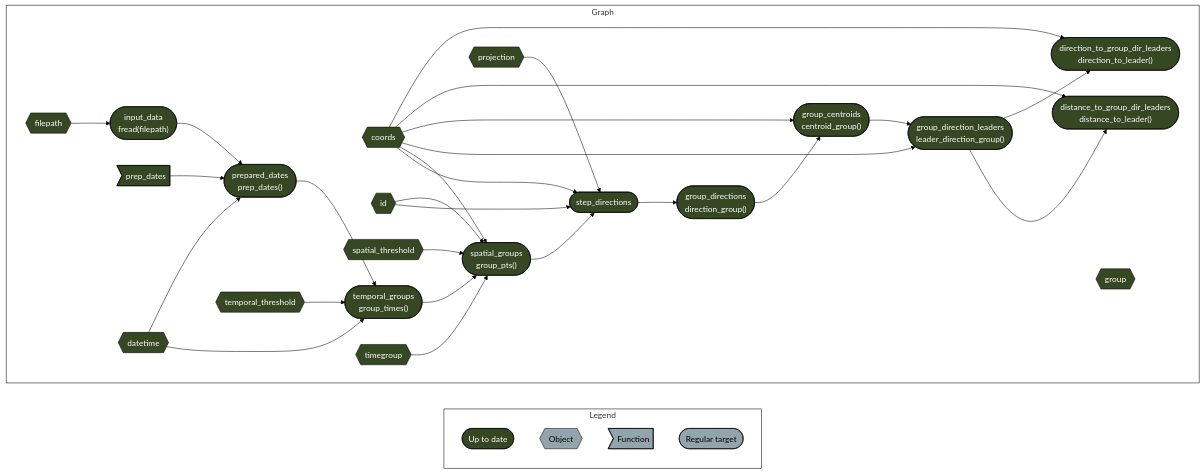
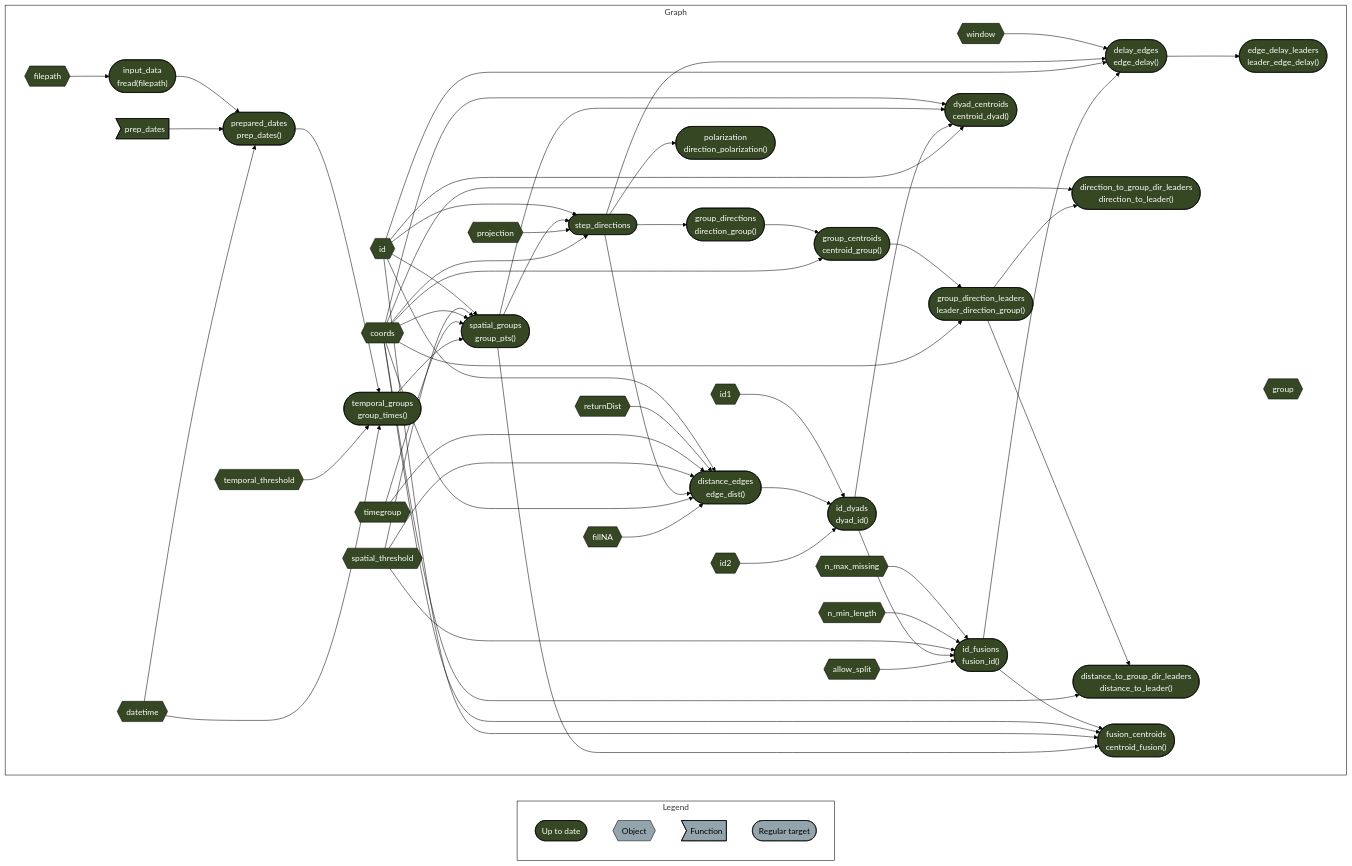
Before and after one commit to robitalec/targets-spatsoc-intragroup-dynamics: the diagram in README.md, drawn with Mermaid (forest theme).

````diff
--- a/README.md
+++ b/README.md
@@ -10,42 +10,71 @@
 ``` mermaid
 graph LR
   style Legend fill:#FFFFFF00,stroke:#000000;
   style Graph fill:#FFFFFF00,stroke:#000000;
   subgraph Legend
     xf1522833a4d242c5(["Up to date"]):::uptodate
     xbecb13963f49e50b{{"Object"}}:::none
     xeb2d7cac8a1ce544>"Function"]:::none
     xd03d7c7dd2ddda2b(["Regular target"]):::none
   end
   subgraph Graph
     direction LR
+    x11880ed5069abb8c(["id_fusions<br>fusion_id()"]):::uptodate --> x3beb570a7cf0e1dc(["delay_edges<br>edge_delay()"]):::uptodate
+    xc25194a2e4c760d5{{"id"}}:::uptodate --> x3beb570a7cf0e1dc(["delay_edges<br>edge_delay()"]):::uptodate
+    x346d09d418e9b158(["step_directions"]):::uptodate --> x3beb570a7cf0e1dc(["delay_edges<br>edge_delay()"]):::uptodate
+    xe40cf9885b1e2908{{"window"}}:::uptodate --> x3beb570a7cf0e1dc(["delay_edges<br>edge_delay()"]):::uptodate
+    xb817b55e688fdfc3(["group_direction_leaders<br>leader_direction_group()"]):::uptodate --> x82786d09c0fcc8be(["direction_to_group_dir_leaders<br>direction_to_leader()"]):::uptodate
     xbd740468b493bf05{{"coords"}}:::uptodate --> x82786d09c0fcc8be(["direction_to_group_dir_leaders<br>direction_to_leader()"]):::uptodate
-    xb817b55e688fdfc3(["group_direction_leaders<br>leader_direction_group()"]):::uptodate --> x82786d09c0fcc8be(["direction_to_group_dir_leaders<br>direction_to_leader()"]):::uptodate
+    xa16877b1adca734b{{"fillNA"}}:::uptodate --> x365b64b036e1db58(["distance_edges<br>edge_dist()"]):::uptodate
+    xbd740468b493bf05{{"coords"}}:::uptodate --> x365b64b036e1db58(["distance_edges<br>edge_dist()"]):::uptodate
+    x346d09d418e9b158(["step_directions"]):::uptodate --> x365b64b036e1db58(["distance_edges<br>edge_dist()"]):::uptodate
+    x86be964788bf0a62{{"spatial_threshold"}}:::uptodate --> x365b64b036e1db58(["distance_edges<br>edge_dist()"]):::uptodate
+    x1a924ae7f0a51246{{"timegroup"}}:::uptodate --> x365b64b036e1db58(["distance_edges<br>edge_dist()"]):::uptodate
+    x7be2e81b00311cea{{"returnDist"}}:::uptodate --> x365b64b036e1db58(["distance_edges<br>edge_dist()"]):::uptodate
+    xc25194a2e4c760d5{{"id"}}:::uptodate --> x365b64b036e1db58(["distance_edges<br>edge_dist()"]):::uptodate
+    xbd740468b493bf05{{"coords"}}:::uptodate --> xa036b69b269981da(["distance_to_group_dir_leaders<br>distance_to_leader()"]):::uptodate
     xb817b55e688fdfc3(["group_direction_leaders<br>leader_direction_group()"]):::uptodate --> xa036b69b269981da(["distance_to_group_dir_leaders<br>distance_to_leader()"]):::uptodate
-    xbd740468b493bf05{{"coords"}}:::uptodate --> xa036b69b269981da(["distance_to_group_dir_leaders<br>distance_to_leader()"]):::uptodate
+    xc25194a2e4c760d5{{"id"}}:::uptodate --> x884798be03ef20d0(["dyad_centroids<br>centroid_dyad()"]):::uptodate
+    xd1855d56aaab0158(["id_dyads<br>dyad_id()"]):::uptodate --> x884798be03ef20d0(["dyad_centroids<br>centroid_dyad()"]):::uptodate
+    x788f41fdc4e37558(["spatial_groups<br>group_pts()"]):::uptodate --> x884798be03ef20d0(["dyad_centroids<br>centroid_dyad()"]):::uptodate
+    xbd740468b493bf05{{"coords"}}:::uptodate --> x884798be03ef20d0(["dyad_centroids<br>centroid_dyad()"]):::uptodate
+    x3beb570a7cf0e1dc(["delay_edges<br>edge_delay()"]):::uptodate --> x994414e4774e3751(["edge_delay_leaders<br>leader_edge_delay()"]):::uptodate
+    x788f41fdc4e37558(["spatial_groups<br>group_pts()"]):::uptodate --> x25d985acde8f25cc(["fusion_centroids<br>centroid_fusion()"]):::uptodate
+    xc25194a2e4c760d5{{"id"}}:::uptodate --> x25d985acde8f25cc(["fusion_centroids<br>centroid_fusion()"]):::uptodate
+    xbd740468b493bf05{{"coords"}}:::uptodate --> x25d985acde8f25cc(["fusion_centroids<br>centroid_fusion()"]):::uptodate
+    x11880ed5069abb8c(["id_fusions<br>fusion_id()"]):::uptodate --> x25d985acde8f25cc(["fusion_centroids<br>centroid_fusion()"]):::uptodate
     xbd740468b493bf05{{"coords"}}:::uptodate --> x6ba603f6e8293383(["group_centroids<br>centroid_group()"]):::uptodate
     x1073df0072bfb123(["group_directions<br>direction_group()"]):::uptodate --> x6ba603f6e8293383(["group_centroids<br>centroid_group()"]):::uptodate
     xbd740468b493bf05{{"coords"}}:::uptodate --> xb817b55e688fdfc3(["group_direction_leaders<br>leader_direction_group()"]):::uptodate
     x6ba603f6e8293383(["group_centroids<br>centroid_group()"]):::uptodate --> xb817b55e688fdfc3(["group_direction_leaders<br>leader_direction_group()"]):::uptodate
     x346d09d418e9b158(["step_directions"]):::uptodate --> x1073df0072bfb123(["group_directions<br>direction_group()"]):::uptodate
+    x3f91b11005001951{{"id2"}}:::uptodate --> xd1855d56aaab0158(["id_dyads<br>dyad_id()"]):::uptodate
+    x365b64b036e1db58(["distance_edges<br>edge_dist()"]):::uptodate --> xd1855d56aaab0158(["id_dyads<br>dyad_id()"]):::uptodate
+    x516429c313e0db0a{{"id1"}}:::uptodate --> xd1855d56aaab0158(["id_dyads<br>dyad_id()"]):::uptodate
+    x925c0ddb7f99c4a5{{"allow_split"}}:::uptodate --> x11880ed5069abb8c(["id_fusions<br>fusion_id()"]):::uptodate
+    xd1855d56aaab0158(["id_dyads<br>dyad_id()"]):::uptodate --> x11880ed5069abb8c(["id_fusions<br>fusion_id()"]):::uptodate
+    x86be964788bf0a62{{"spatial_threshold"}}:::uptodate --> x11880ed5069abb8c(["id_fusions<br>fusion_id()"]):::uptodate
+    x073b67df0dc1a8ce{{"n_min_length"}}:::uptodate --> x11880ed5069abb8c(["id_fusions<br>fusion_id()"]):::uptodate
+    x96ee942bed2f2986{{"n_max_missing"}}:::uptodate --> x11880ed5069abb8c(["id_fusions<br>fusion_id()"]):::uptodate
     x251c0fecf340765b{{"filepath"}}:::uptodate --> x769da6568e9cd872(["input_data<br>fread(filepath)"]):::uptodate
+    x346d09d418e9b158(["step_directions"]):::uptodate --> x834929c790cf2d7b(["polarization<br>direction_polarization()"]):::uptodate
+    xe1070fbd6d46a47b{{"datetime"}}:::uptodate --> x74f74fb4673261e6(["prepared_dates<br>prep_dates()"]):::uptodate
+    xd135a9eb46727432>"prep_dates"]:::uptodate --> x74f74fb4673261e6(["prepared_dates<br>prep_dates()"]):::uptodate
     x769da6568e9cd872(["input_data<br>fread(filepath)"]):::uptodate --> x74f74fb4673261e6(["prepared_dates<br>prep_dates()"]):::uptodate
-    xd135a9eb46727432>"prep_dates"]:::uptodate --> x74f74fb4673261e6(["prepared_dates<br>prep_dates()"]):::uptodate
-    xe1070fbd6d46a47b{{"datetime"}}:::uptodate --> x74f74fb4673261e6(["prepared_dates<br>prep_dates()"]):::uptodate
-    xc25194a2e4c760d5{{"id"}}:::uptodate --> x788f41fdc4e37558(["spatial_groups<br>group_pts()"]):::uptodate
+    x1faf6e798011c143(["temporal_groups<br>group_times()"]):::uptodate --> x788f41fdc4e37558(["spatial_groups<br>group_pts()"]):::uptodate
+    x1a924ae7f0a51246{{"timegroup"}}:::uptodate --> x788f41fdc4e37558(["spatial_groups<br>group_pts()"]):::uptodate
     xbd740468b493bf05{{"coords"}}:::uptodate --> x788f41fdc4e37558(["spatial_groups<br>group_pts()"]):::uptodate
     x86be964788bf0a62{{"spatial_threshold"}}:::uptodate --> x788f41fdc4e37558(["spatial_groups<br>group_pts()"]):::uptodate
-    x1faf6e798011c143(["temporal_groups<br>group_times()"]):::uptodate --> x788f41fdc4e37558(["spatial_groups<br>group_pts()"]):::uptodate
-    x1a924ae7f0a51246{{"timegroup"}}:::uptodate --> x788f41fdc4e37558(["spatial_groups<br>group_pts()"]):::uptodate
+    xc25194a2e4c760d5{{"id"}}:::uptodate --> x788f41fdc4e37558(["spatial_groups<br>group_pts()"]):::uptodate
+    xbd740468b493bf05{{"coords"}}:::uptodate --> x346d09d418e9b158(["step_directions"]):::uptodate
+    x077cfe721406740b{{"projection"}}:::uptodate --> x346d09d418e9b158(["step_directions"]):::uptodate
     x788f41fdc4e37558(["spatial_groups<br>group_pts()"]):::uptodate --> x346d09d418e9b158(["step_directions"]):::uptodate
-    xbd740468b493bf05{{"coords"}}:::uptodate --> x346d09d418e9b158(["step_directions"]):::uptodate
     xc25194a2e4c760d5{{"id"}}:::uptodate --> x346d09d418e9b158(["step_directions"]):::uptodate
-    x077cfe721406740b{{"projection"}}:::uptodate --> x346d09d418e9b158(["step_directions"]):::uptodate
-    x74f74fb4673261e6(["prepared_dates<br>prep_dates()"]):::uptodate --> x1faf6e798011c143(["temporal_groups<br>group_times()"]):::uptodate
     xe1070fbd6d46a47b{{"datetime"}}:::uptodate --> x1faf6e798011c143(["temporal_groups<br>group_times()"]):::uptodate
     x7691bca923fa768d{{"temporal_threshold"}}:::uptodate --> x1faf6e798011c143(["temporal_groups<br>group_times()"]):::uptodate
+    x74f74fb4673261e6(["prepared_dates<br>prep_dates()"]):::uptodate --> x1faf6e798011c143(["temporal_groups<br>group_times()"]):::uptodate
     xfeaff7c1bc5fe2e5{{"group"}}:::uptodate
   end
   classDef uptodate stroke:#000000,color:#ffffff,fill:#354823;
   classDef none stroke:#000000,color:#000000,fill:#94a4ac;
 ```
````
